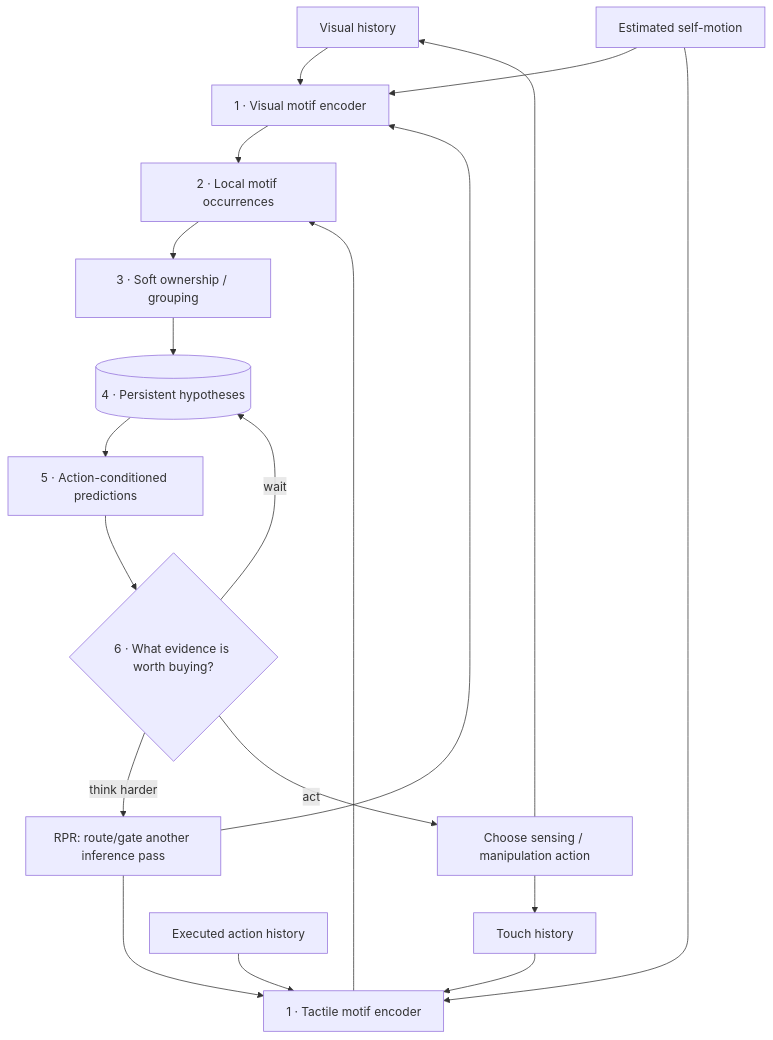
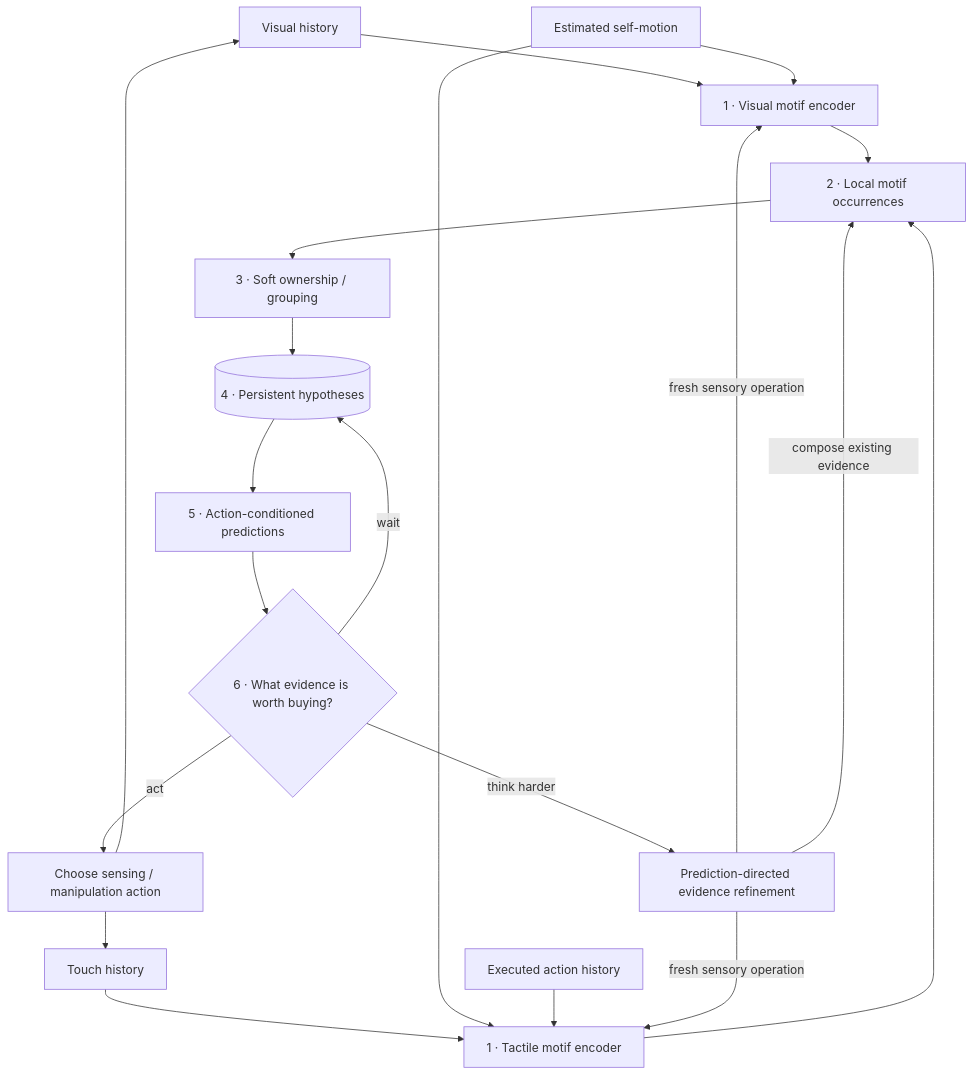
Before and after one commit to spencerbug/spencerbug.github.io: the first of 2 diagrams in _posts/2026-09-22-predictive-sensorimotor-grouping.md, drawn with Mermaid. The commit also changed other lines of this file, not shown here.

Commit message:
Revise PSG predictive refinement design from review

```diff
--- a/_posts/2026-09-22-predictive-sensorimotor-grouping.md
+++ b/_posts/2026-09-22-predictive-sensorimotor-grouping.md
@@ -51,27 +53,28 @@
 ~~~mermaid
 flowchart TD
     V["Visual history"] --> VE["1 · Visual motif encoder"]
     T["Touch history"] --> TE["1 · Tactile motif encoder"]
     M["Estimated self-motion"] --> VE
     M --> TE
     A0["Executed action history"] --> TE
 
     VE --> O["2 · Local motif occurrences"]
     TE --> O
 
     O --> G["3 · Soft ownership / grouping"]
     G --> H[("4 · Persistent hypotheses")]
 
     H --> P["5 · Action-conditioned predictions"]
     P --> D{"6 · What evidence is worth buying?"}
 
-    D -->|"think harder"| R["RPR: route/gate another inference pass"]
-    R --> VE
-    R --> TE
+    D -->|"think harder"| R["Prediction-directed evidence refinement"]
+    R -->|"fresh sensory operation"| VE
+    R -->|"fresh sensory operation"| TE
+    R -->|"compose existing evidence"| O
 
     D -->|"act"| A1["Choose sensing / manipulation action"]
     A1 --> V
     A1 --> T
 
     D -->|"wait"| H
 ~~~
```
